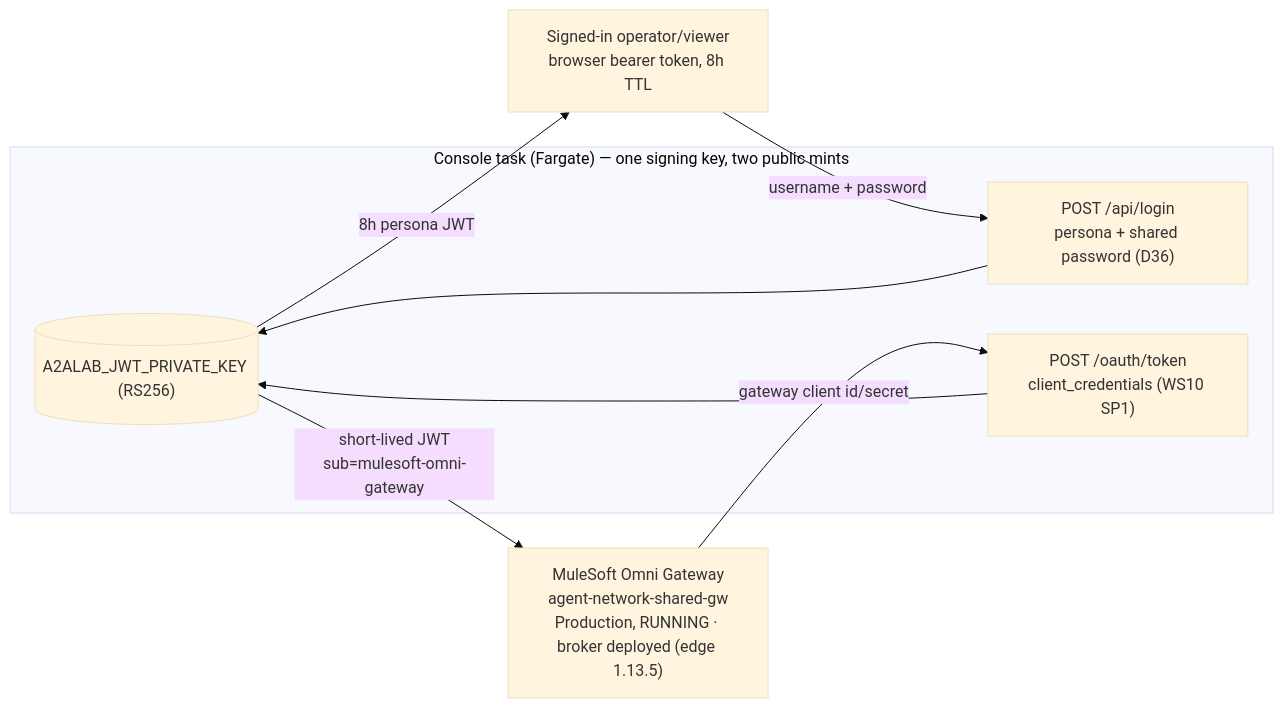
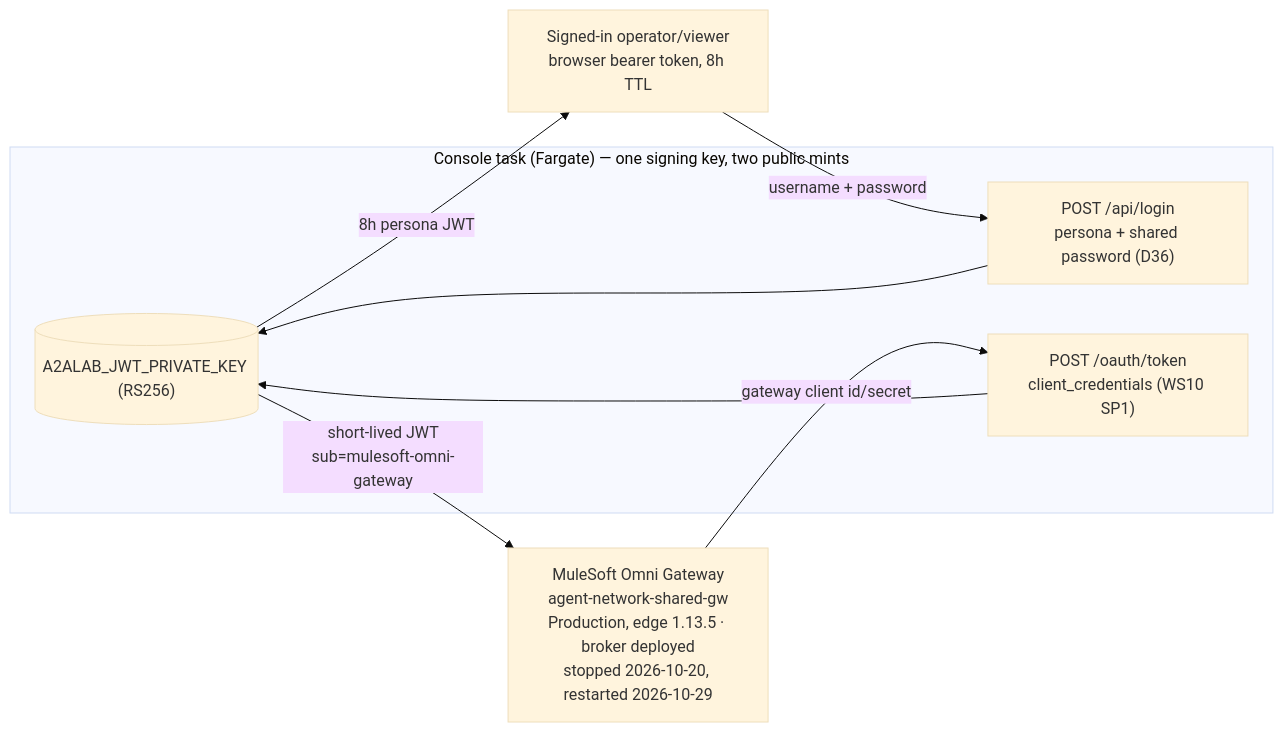
Before and after one commit to congmingwudi/a2a-lab: diagram 14 of 18 in plan/08-insights.md, drawn with Mermaid (base theme). The commit also changed other lines of this file and 15 other files, not shown here.

First line of the commit message:
WS30: Digital Wallet consumption tab scaffold + architecture sweep fixes

````diff
--- a/plan/08-insights.md
+++ b/plan/08-insights.md
@@ -636,18 +690,18 @@
 ```mermaid
 flowchart LR
     subgraph CONSOLE["Console task (Fargate) — one signing key, two public mints"]
         KEY[("A2ALAB_JWT_PRIVATE_KEY (RS256)")]
         LOGIN["POST /api/login<br/>persona + shared password (D36)"]
         OAUTH["POST /oauth/token<br/>client_credentials (WS10 SP1)"]
         LOGIN --> KEY
         OAUTH --> KEY
     end
 
     HUMAN["Signed-in operator/viewer<br/>browser bearer token, 8h TTL"]
-    MULE["MuleSoft Omni Gateway<br/>agent-network-shared-gw<br/>Production, RUNNING · broker deployed (edge 1.13.5)"]
+    MULE["MuleSoft Omni Gateway<br/>agent-network-shared-gw<br/>Production, edge 1.13.5 · broker deployed<br/>stopped 2026-10-20, restarted 2026-10-29"]
 
     HUMAN -- "username + password" --> LOGIN
     MULE -- "gateway client id/secret" --> OAUTH
     KEY -- "8h persona JWT" --> HUMAN
     KEY -- "short-lived JWT<br/>sub=mulesoft-omni-gateway" --> MULE
 ```
````
